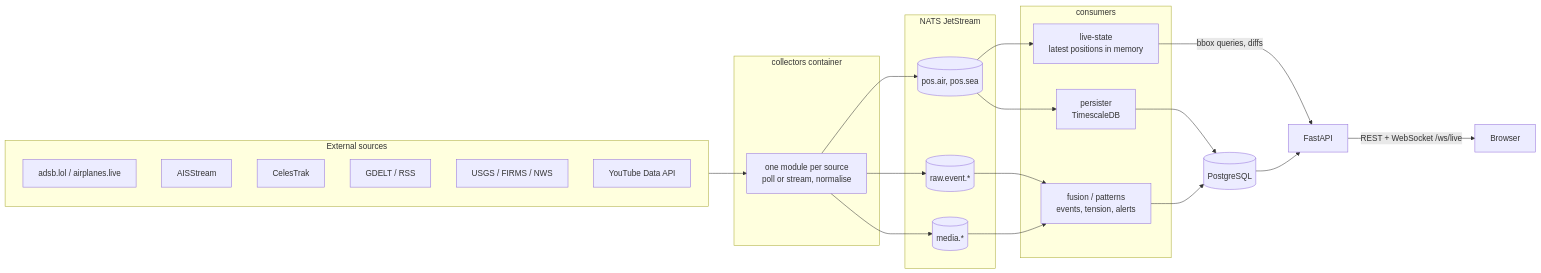
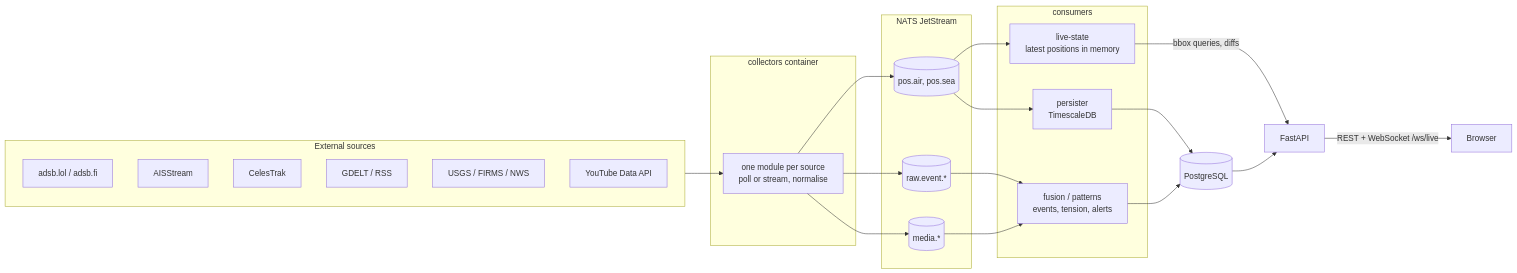
One commit to twillislabs/argus changed the diagram in docs-site/docs/technical/data-flow.md. Above: the diagram before and after it, drawn with Mermaid. The commit also changed other lines of this file and 16 other files, not shown here.

First line of the commit message:
fix(air): fall back to adsb.fi when adsb.lol limits

````diff
--- a/docs-site/docs/technical/data-flow.md
+++ b/docs-site/docs/technical/data-flow.md
@@ -64,34 +65,34 @@
 ```mermaid
 flowchart LR
   subgraph sources[External sources]
-    adsb[adsb.lol / airplanes.live]
+    adsb[adsb.lol / adsb.fi]
     ais[AISStream]
     celestrak[CelesTrak]
     gdelt[GDELT / RSS]
     usgs[USGS / FIRMS / NWS]
     yt[YouTube Data API]
   end
   subgraph collectors[collectors container]
     c1[one module per source<br/>poll or stream, normalise]
   end
   subgraph bus[NATS JetStream]
     s1[(pos.air, pos.sea)]
     s2[(raw.event.*)]
     s3[(media.*)]
   end
   subgraph consumers
     live[live-state<br/>latest positions in memory]
     persist[persister<br/>TimescaleDB]
     fusion[fusion / patterns<br/>events, tension, alerts]
   end
   db[(PostgreSQL)]
   api[FastAPI]
   browser[Browser]
   sources --> c1 --> s1 & s2 & s3
   s1 --> live & persist
   s2 & s3 --> fusion
   persist & fusion --> db
   live -->|bbox queries, diffs| api
   db --> api
   api -->|REST + WebSocket /ws/live| browser
 ```
````
